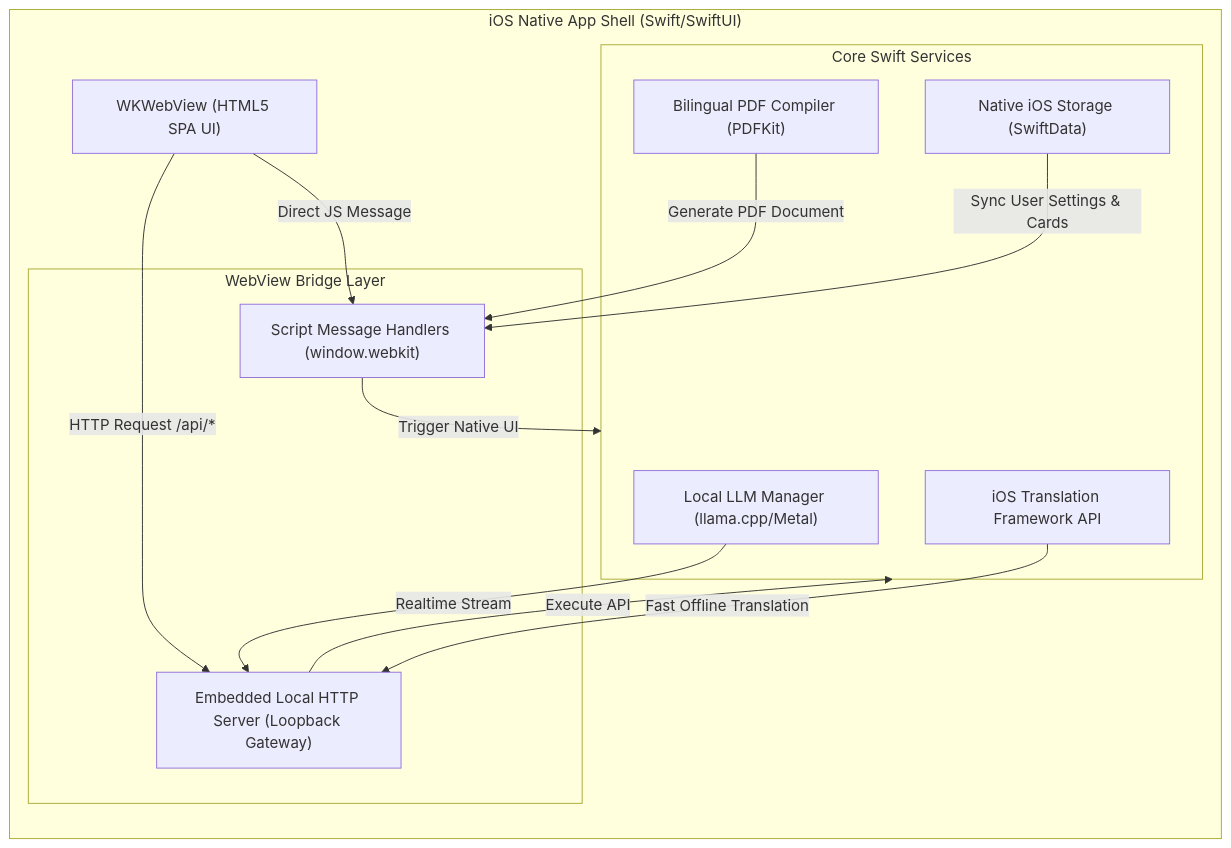
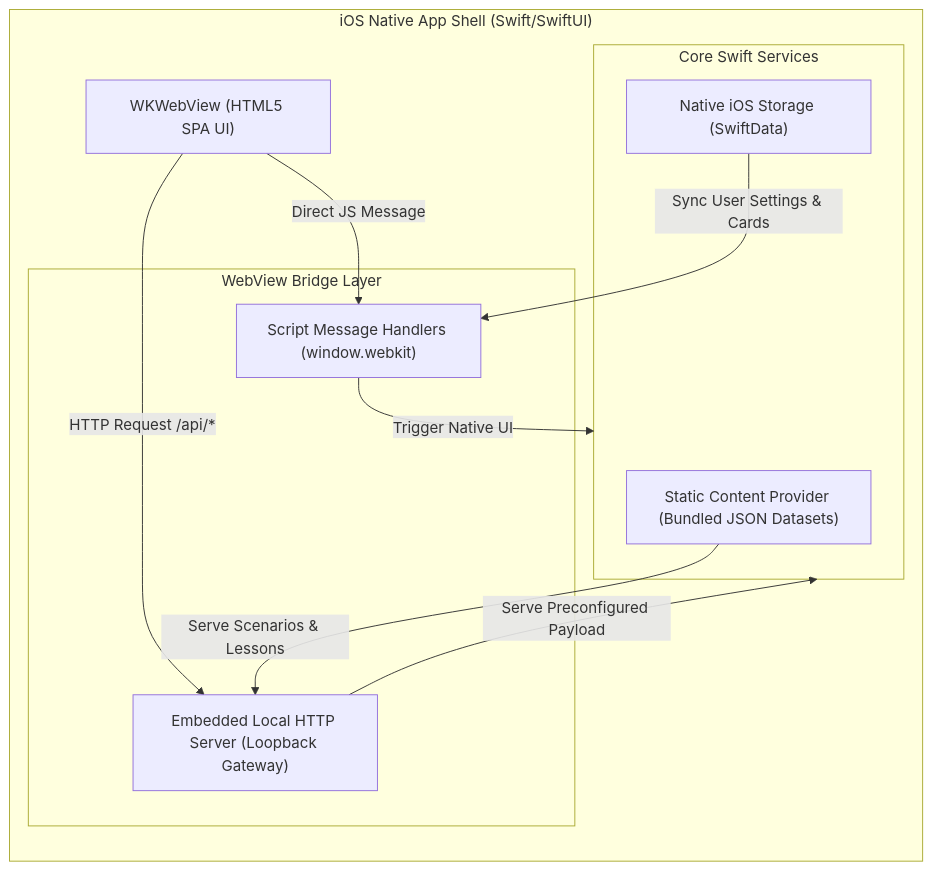
The diagram in spec.md (cpepe/aprendelo), drawn with Mermaid before and after one commit. The commit also changed other lines of this file and 26 other files, not shown here.

````diff
--- a/spec.md
+++ b/spec.md
@@ -59,31 +79,27 @@
 ```mermaid
 flowchart TD
     subgraph iOS_App_Shell["iOS Native App Shell (Swift/SwiftUI)"]
         direction TB
         WV["WKWebView (HTML5 SPA UI)"]
         
         subgraph Core_Services["Core Swift Services"]
-            LLM["Local LLM Manager (llama.cpp/Metal)"]
-            TRA["iOS Translation Framework API"]
-            PDF["Bilingual PDF Compiler (PDFKit)"]
+            DATA["Static Content Provider (Bundled JSON Datasets)"]
             DB["Native iOS Storage (SwiftData)"]
         end
         
         subgraph Web_Bridge["WebView Bridge Layer"]
             SH["Script Message Handlers (window.webkit)"]
             LHS["Embedded Local HTTP Server (Loopback Gateway)"]
         end
     end
     
     %% Communication paths
     WV -- "HTTP Request /api/*" --> LHS
     WV -- "Direct JS Message" --> SH
-    LHS -- "Execute API" --> Core_Services
+    LHS -- "Serve Preconfigured Payload" --> Core_Services
     SH -- "Trigger Native UI" --> Core_Services
     
     %% Service endpoints
-    LLM -- "Realtime Stream" --> LHS
-    TRA -- "Fast Offline Translation" --> LHS
-    PDF -- "Generate PDF Document" --> SH
+    DATA -- "Serve Scenarios & Lessons" --> LHS
     DB -- "Sync User Settings & Cards" --> SH
 ```
````
